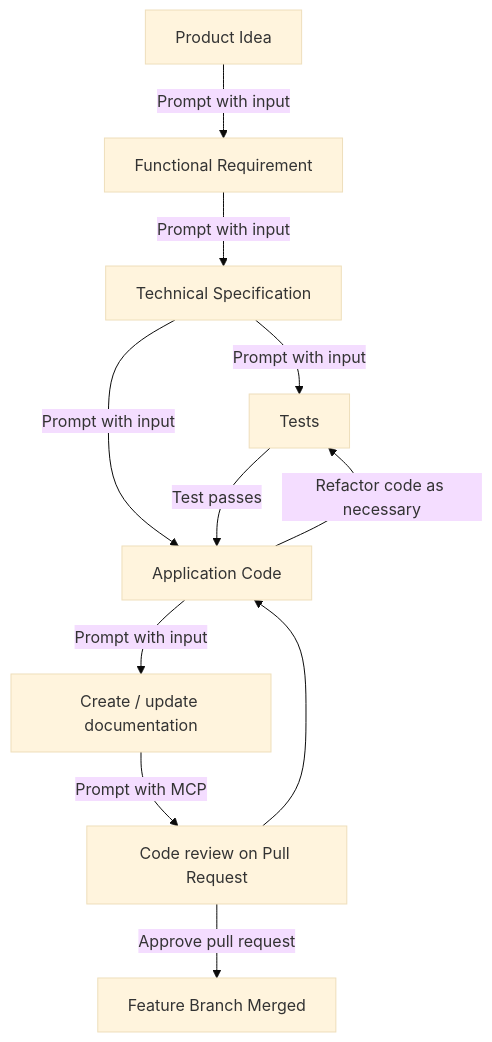
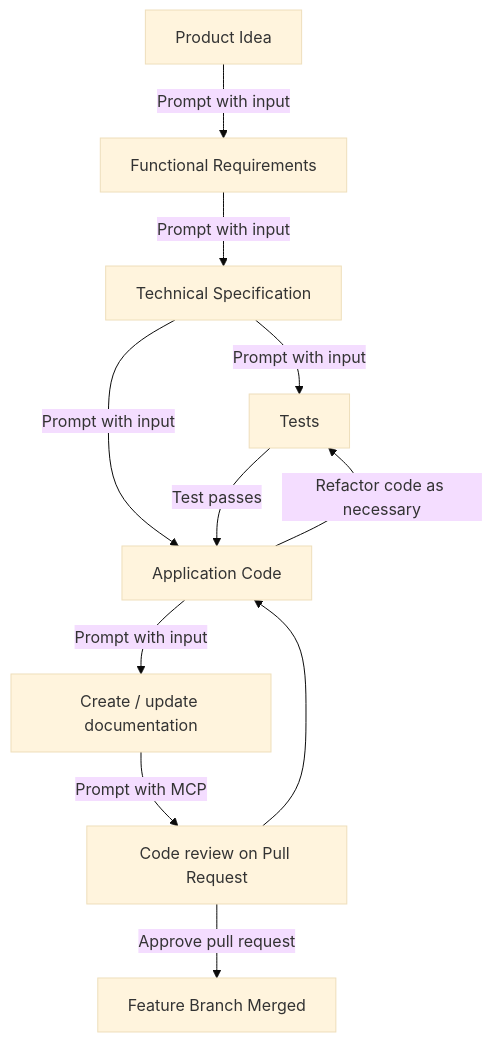
The diagram in docs/workflow/01-getting-started.md (kevinlin/ai-sdlc-playbook), drawn with Mermaid (base theme) before and after one commit. The commit also changed other lines of this file and 13 other files, not shown here.

````diff
--- a/docs/workflow/01-getting-started.md
+++ b/docs/workflow/01-getting-started.md
@@ -9,16 +9,16 @@
 ```mermaid
 ---
 config:
   layout: dagre
 ---
 flowchart TD
-    A["Product Idea"] -- Prompt with input --> B["Functional Requirement"]
+    A["Product Idea"] -- Prompt with input --> B["Functional Requirements"]
     B -- Prompt with input --> C["Technical Specification"]
     C -- Prompt with input --> D["Tests"] & E["Application Code"]
     D -- Test passes --> E
     E -- Refactor code as necessary --> D
     E -- Prompt with input --> G["Create / update documentation"]
     G -- Prompt with MCP --> H["Code review on Pull Request"]
     H --> E
     H -- Approve pull request --> I["Feature Branch Merged"]
 ```
````
